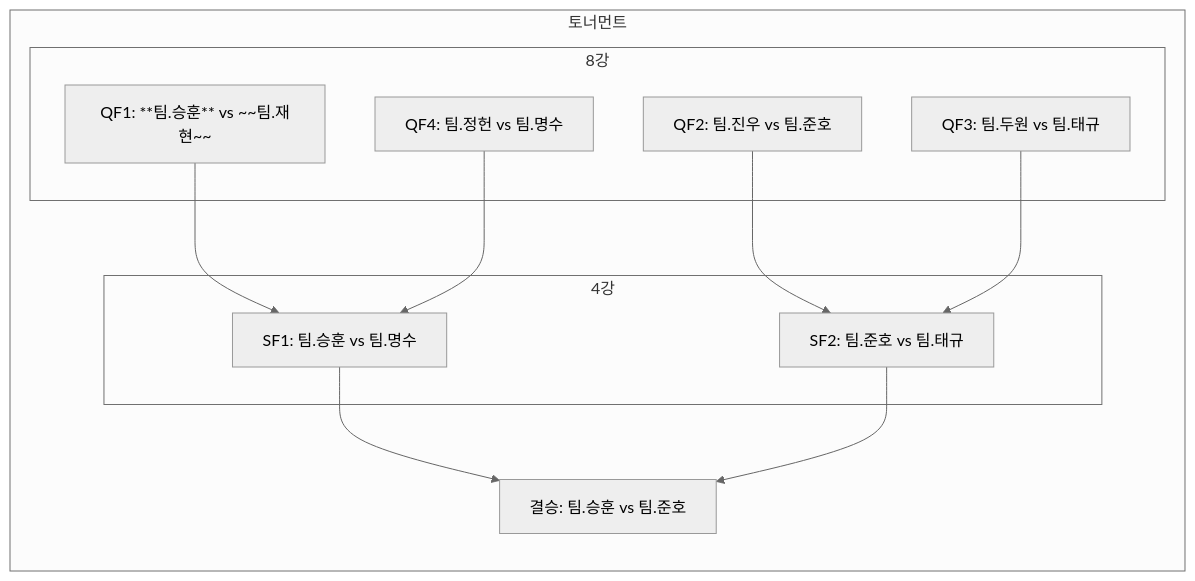
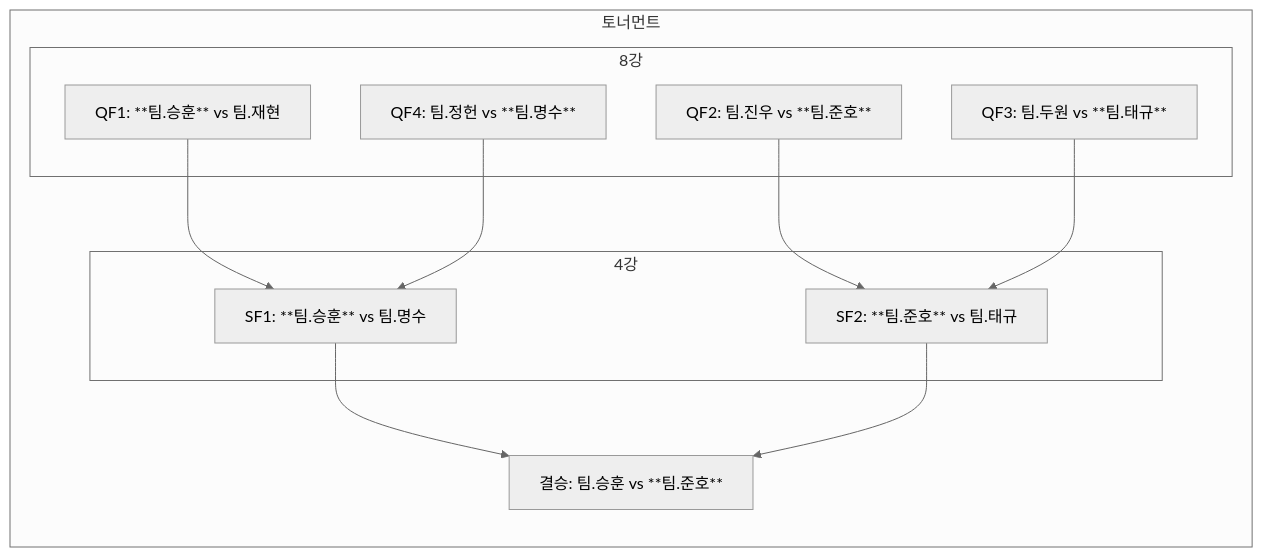
The third of 3 diagrams in 브롤대회.md (winteruss/3-8-Brawlstars-Tournament), drawn with Mermaid (neutral theme) before and after one commit.

````diff
--- a/브롤대회.md
+++ b/브롤대회.md
@@ -100,25 +100,25 @@
 ```mermaid
 flowchart TB
 %% 토너먼트
   subgraph KO["토너먼트"]
     direction TB
     subgraph QF["8강"]
-      QF1["QF1: **팀.승훈** vs ~~팀.재현~~"]
-      QF2["QF2: 팀.진우 vs 팀.준호"]
-      QF3["QF3: 팀.두원 vs 팀.태규"]
-      QF4["QF4: 팀.정헌 vs 팀.명수"]
+      QF1["QF1: **팀.승훈** vs 팀.재현"]
+      QF2["QF2: 팀.진우 vs **팀.준호**"]
+      QF3["QF3: 팀.두원 vs **팀.태규**"]
+      QF4["QF4: 팀.정헌 vs **팀.명수**"]
     end
     subgraph SF["4강"]
-      SF1["SF1: 팀.승훈 vs 팀.명수"]
-      SF2["SF2: 팀.준호 vs 팀.태규"]
+      SF1["SF1: **팀.승훈** vs 팀.명수"]
+      SF2["SF2: **팀.준호** vs 팀.태규"]
     end
-    Final["결승: 팀.승훈 vs 팀.준호"]
+    Final["결승: 팀.승훈 vs **팀.준호**"]
   end
   %% 화살표 연결
   QF1 --> SF1
   QF4 --> SF1
   QF2 --> SF2
   QF3 --> SF2
   SF1 --> Final
   SF2 --> Final
 ```
````
